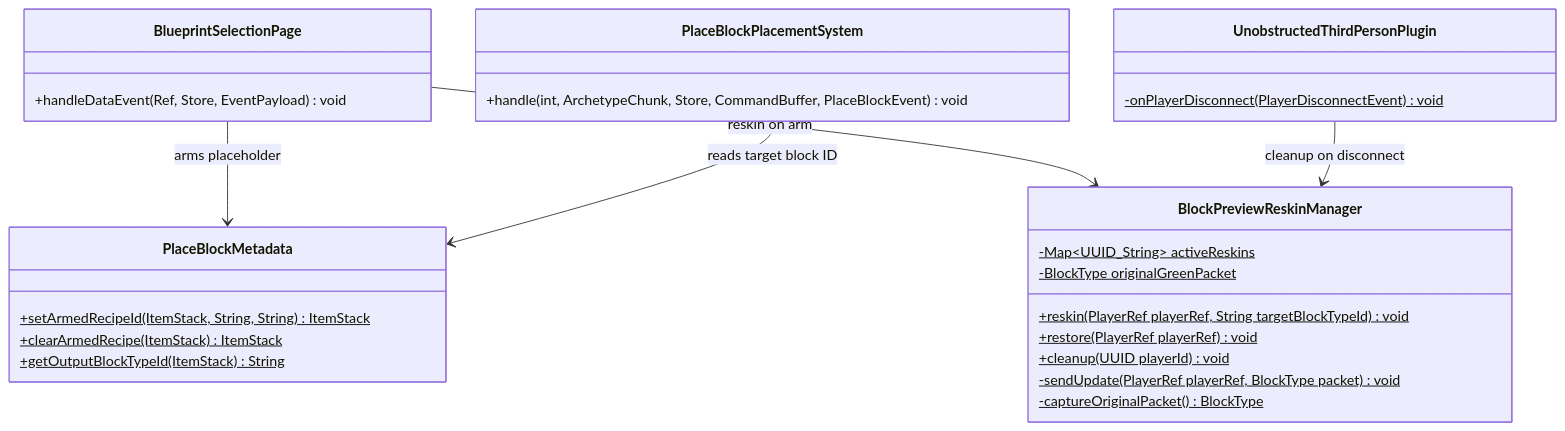
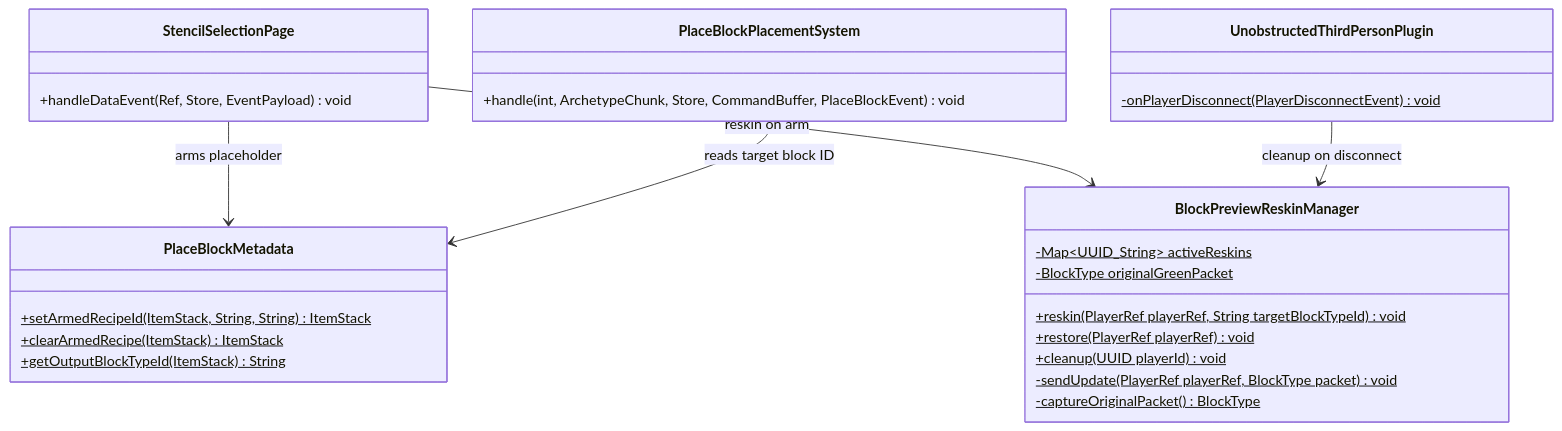
The first of 3 diagrams in docs/Plans/design-block-preview-reskin.md (TheCodeCreature/Hytale-Example-Plugin), drawn with Mermaid before and after one commit. The commit also changed other lines of this file and 289 other files, not shown here.

````diff
--- a/docs/Plans/design-block-preview-reskin.md
+++ b/docs/Plans/design-block-preview-reskin.md
@@ -23,35 +23,35 @@
 ```mermaid
 classDiagram
     class BlockPreviewReskinManager {
         -Map~UUID_String~ activeReskins$
         -BlockType originalGreenPacket$
         +reskin(PlayerRef playerRef, String targetBlockTypeId)$ void
         +restore(PlayerRef playerRef)$ void
         +cleanup(UUID playerId)$ void
         -sendUpdate(PlayerRef playerRef, BlockType packet)$ void
         -captureOriginalPacket()$ BlockType
     }
 
     class PlaceBlockMetadata {
         +setArmedRecipeId(ItemStack, String, String)$ ItemStack
         +clearArmedRecipe(ItemStack)$ ItemStack
         +getOutputBlockTypeId(ItemStack)$ String
     }
 
-    class BlueprintSelectionPage {
+    class StencilSelectionPage {
         +handleDataEvent(Ref, Store, EventPayload) void
     }
 
     class PlaceBlockPlacementSystem {
         +handle(int, ArchetypeChunk, Store, CommandBuffer, PlaceBlockEvent) void
     }
 
     class UnobstructedThirdPersonPlugin {
         -onPlayerDisconnect(PlayerDisconnectEvent)$ void
     }
 
-    BlueprintSelectionPage --> PlaceBlockMetadata : arms placeholder
-    BlueprintSelectionPage --> BlockPreviewReskinManager : reskin on arm
+    StencilSelectionPage --> PlaceBlockMetadata : arms placeholder
+    StencilSelectionPage --> BlockPreviewReskinManager : reskin on arm
     UnobstructedThirdPersonPlugin --> BlockPreviewReskinManager : cleanup on disconnect
     PlaceBlockPlacementSystem --> PlaceBlockMetadata : reads target block ID
 ```
````
